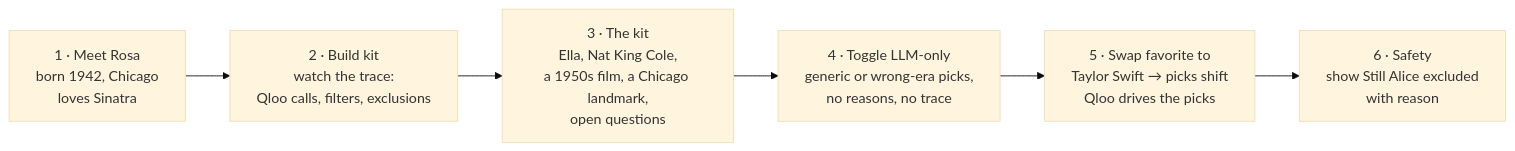
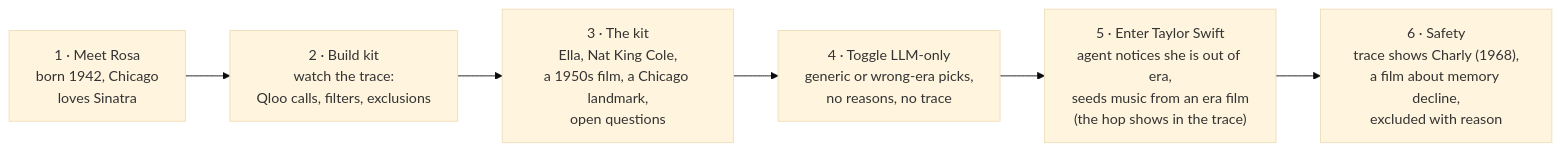
Before and after one commit to PrathibhaDevkar/memory-lane: the eighth of 8 diagrams in docs/implementation-plan.md, drawn with Mermaid (base theme). The commit also changed other lines of this file and 1 other file, not shown here.

````diff
--- a/docs/implementation-plan.md
+++ b/docs/implementation-plan.md
@@ -395,8 +426,8 @@
 ```mermaid
 flowchart LR
     A["1 · Meet Rosa<br/>born 1942, Chicago<br/>loves Sinatra"] --> B["2 · Build kit<br/>watch the trace:<br/>Qloo calls, filters, exclusions"]
     B --> C["3 · The kit<br/>Ella, Nat King Cole,<br/>a 1950s film, a Chicago landmark,<br/>open questions"]
     C --> D["4 · Toggle LLM-only<br/>generic or wrong-era picks,<br/>no reasons, no trace"]
-    D --> E["5 · Swap favorite to<br/>Taylor Swift → picks shift<br/>Qloo drives the picks"]
-    E --> F["6 · Safety<br/>show Still Alice excluded<br/>with reason"]
+    D --> E["5 · Enter Taylor Swift<br/>agent notices she is out of era,<br/>seeds music from an era film<br/>(the hop shows in the trace)"]
+    E --> F["6 · Safety<br/>trace shows Charly (1968),<br/>a film about memory decline,<br/>excluded with reason"]
 ```
````
